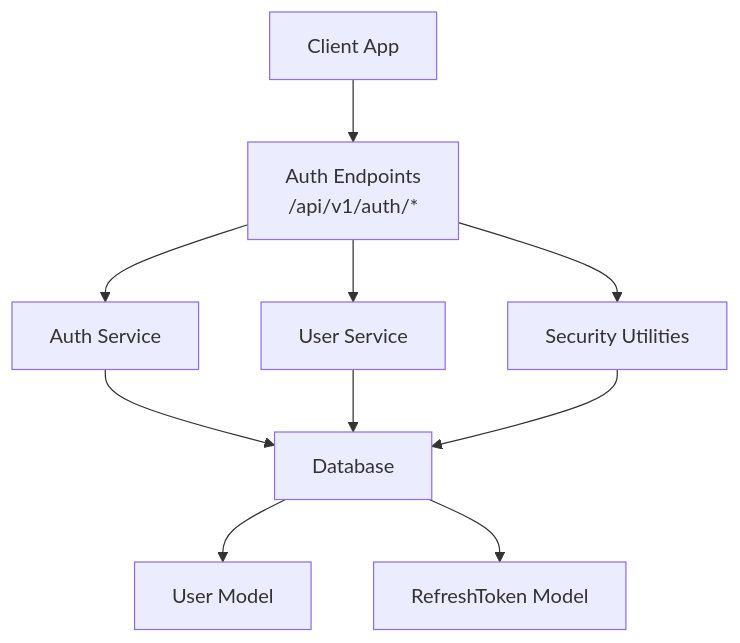
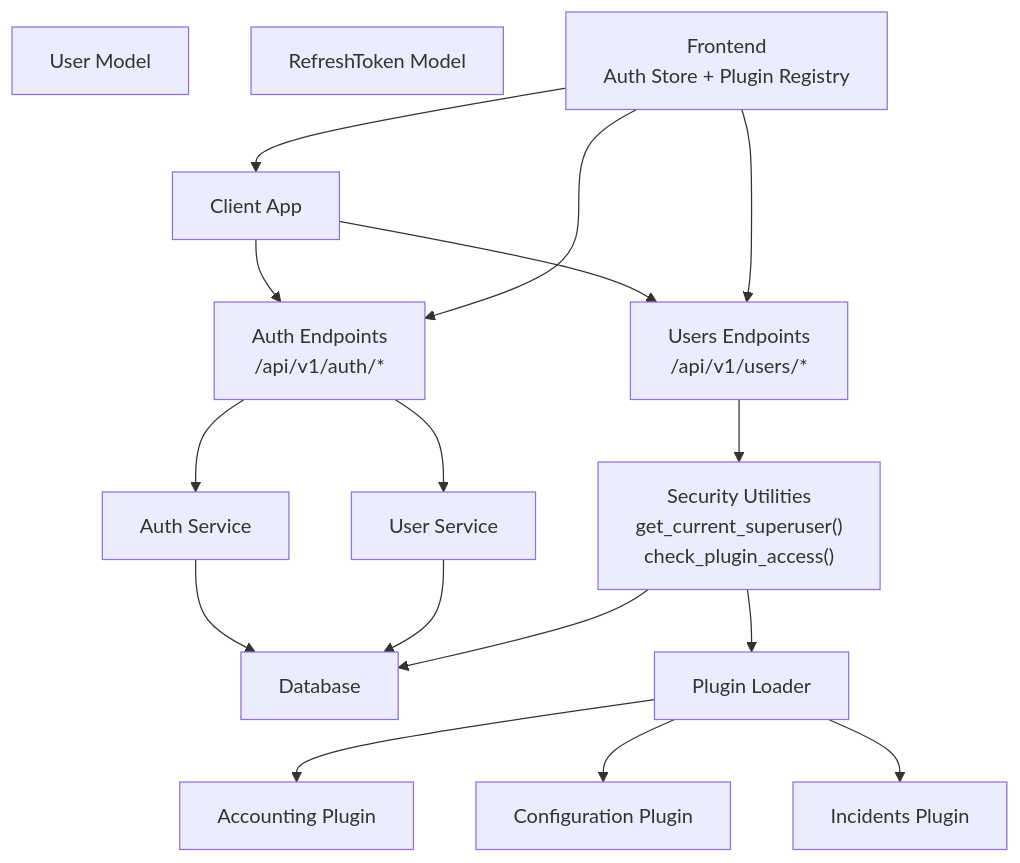
The second of 9 diagrams in .qoder/repowiki/en/content/Authentication & Authorization System/Authentication & Authorization System.md (Nikita5543/New-SSO-02), drawn with Mermaid before and after one commit. The commit also changed other lines of this file and 4 other files, not shown here.

````diff
--- a/.qoder/repowiki/en/content/Authentication & Authorization System/Authentication & Authorization System.md
+++ b/.qoder/repowiki/en/content/Authentication & Authorization System/Authentication & Authorization System.md
@@ -153,20 +200,32 @@
 ```mermaid
 graph TB
 CLIENT["Client App"]
 AUTH_EP["Auth Endpoints<br/>/api/v1/auth/*"]
+USERS_EP["Users Endpoints<br/>/api/v1/users/*"]
 AUTH_SVC["Auth Service"]
 USER_SVC["User Service"]
-SEC_UTIL["Security Utilities"]
+SEC_UTIL["Security Utilities<br/>get_current_superuser()<br/>check_plugin_access()"]
 DB["Database"]
 USER_M["User Model"]
 RT_M["RefreshToken Model"]
+PLUGIN_LOADER["Plugin Loader"]
+PLUGIN_ACCOUNTING["Accounting Plugin"]
+PLUGIN_CONFIGURATION["Configuration Plugin"]
+PLUGIN_INCIDENTS["Incidents Plugin"]
+FRONTEND["Frontend<br/>Auth Store + Plugin Registry"]
 CLIENT --> AUTH_EP
+CLIENT --> USERS_EP
 AUTH_EP --> AUTH_SVC
 AUTH_EP --> USER_SVC
-AUTH_EP --> SEC_UTIL
+USERS_EP --> SEC_UTIL
 AUTH_SVC --> DB
 USER_SVC --> DB
 SEC_UTIL --> DB
-DB --> USER_M
-DB --> RT_M
+SEC_UTIL --> PLUGIN_LOADER
+PLUGIN_LOADER --> PLUGIN_ACCOUNTING
+PLUGIN_LOADER --> PLUGIN_CONFIGURATION
+PLUGIN_LOADER --> PLUGIN_INCIDENTS
+FRONTEND --> CLIENT
+FRONTEND --> AUTH_EP
+FRONTEND --> USERS_EP
 ```
````
